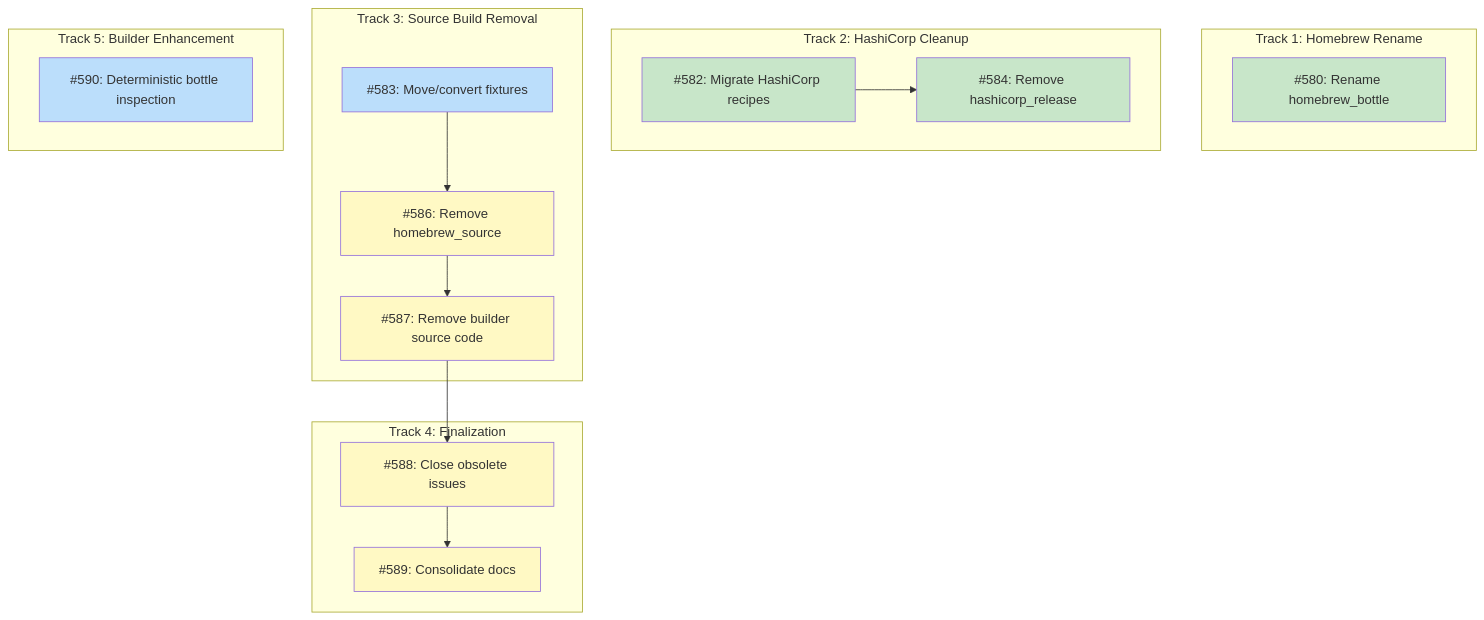
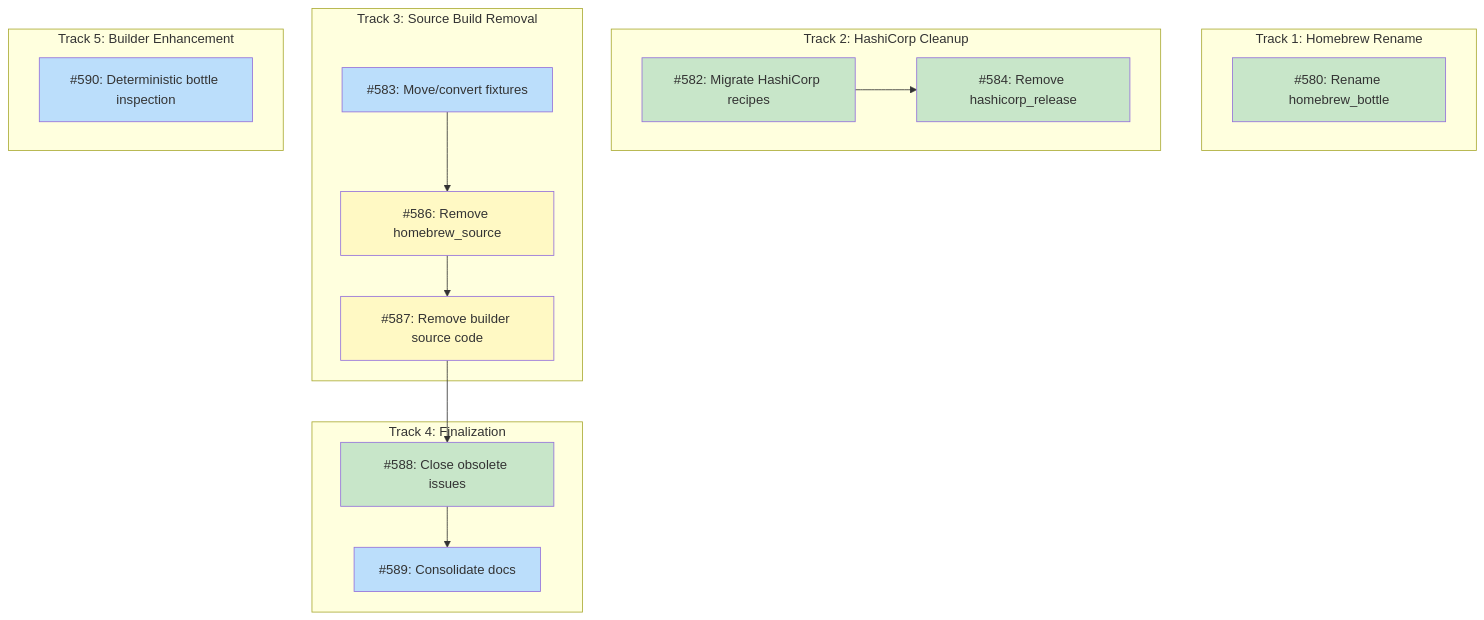
The diagram in docs/DESIGN-homebrew-cleanup.md (tsukumogami/tsuku), drawn with Mermaid before and after one commit. The commit also changed other lines of this file, not shown here.

Commit message:
chore: close obsolete Homebrew source build issues (#651)
Updated Homebrew Builder milestone #17 description to clarify that Phase
2 (source builds) was implemented then removed after research showed
99.94% of formulas have bottles. Verified Phase 2 issues (#491-494) and
#521 were properly closed as completed work. Updated design doc
dependency diagram to mark #588 as done and unblock #589.

````diff
--- a/docs/DESIGN-homebrew-cleanup.md
+++ b/docs/DESIGN-homebrew-cleanup.md
@@ -23,41 +23,41 @@
 ```mermaid
 graph TD
     subgraph Track1["Track 1: Homebrew Rename"]
         I580["#580: Rename homebrew_bottle"]
     end
 
     subgraph Track2["Track 2: HashiCorp Cleanup"]
         I582["#582: Migrate HashiCorp recipes"]
         I584["#584: Remove hashicorp_release"]
     end
 
     subgraph Track3["Track 3: Source Build Removal"]
         I583["#583: Move/convert fixtures"]
         I586["#586: Remove homebrew_source"]
         I587["#587: Remove builder source code"]
     end
 
     subgraph Track4["Track 4: Finalization"]
         I588["#588: Close obsolete issues"]
         I589["#589: Consolidate docs"]
     end
 
     subgraph Track5["Track 5: Builder Enhancement"]
         I590["#590: Deterministic bottle inspection"]
     end
 
     I582 --> I584
     I583 --> I586
     I586 --> I587
     I587 --> I588
     I588 --> I589
 
     classDef done fill:#c8e6c9
     classDef ready fill:#bbdefb
     classDef blocked fill:#fff9c4
     classDef needsDesign fill:#e1bee7
 
-    class I580,I582,I584 done
-    class I583,I590 ready
-    class I586,I587,I588,I589 blocked
+    class I580,I582,I584,I588 done
+    class I583,I589,I590 ready
+    class I586,I587 blocked
 ```
````
